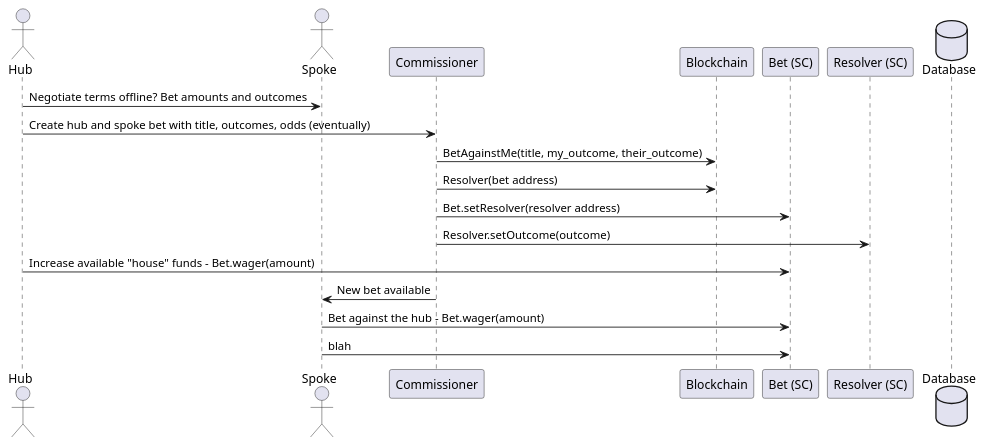
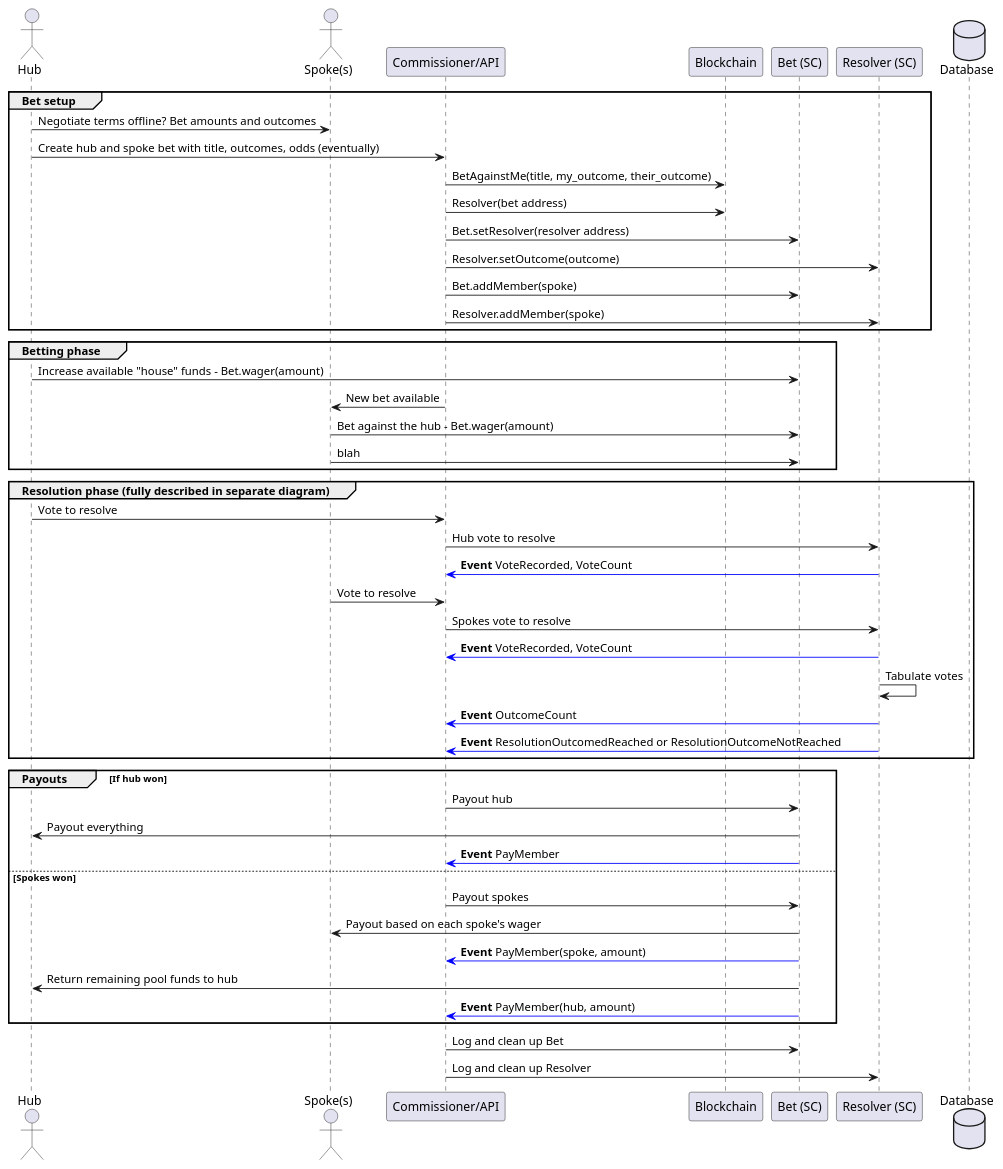
One commit to adhurjaty/prediction-app changed the diagram in docs/Diagrams/src/UserStories/hub_and_spoke_bet.puml. Above: the diagram before and after it, drawn with PlantUML. The commit also changed 7 other files, not shown here.

Commit message:
Changes to implement BetAgainstMe

```diff
--- a/docs/Diagrams/src/UserStories/hub_and_spoke_bet.puml
+++ b/docs/Diagrams/src/UserStories/hub_and_spoke_bet.puml
@@ -1,23 +1,57 @@
 @startuml Hub and Spoke Bet
 
 actor Hub as hub
-actor Spoke as spoke
-participant Commissioner as backend
+actor "Spoke(s)" as spoke
+participant "Commissioner/API" as backend
 participant Blockchain as bc
 participant "Bet (SC)" as bet
 participant "Resolver (SC)" as resolver
 database Database as db
 
-hub -> spoke : Negotiate terms offline? Bet amounts and outcomes
-hub -> backend : Create hub and spoke bet with title, outcomes, odds (eventually)
-backend -> bc : BetAgainstMe(title, my_outcome, their_outcome)
-backend -> bc : Resolver(bet address)
-backend -> bet : Bet.setResolver(resolver address)
-backend -> resolver : Resolver.setOutcome(outcome)
+group Bet setup
+    hub -> spoke : Negotiate terms offline? Bet amounts and outcomes
+    hub -> backend : Create hub and spoke bet with title, outcomes, odds (eventually)
+    backend -> bc : BetAgainstMe(title, my_outcome, their_outcome)
+    backend -> bc : Resolver(bet address)
+    backend -> bet : Bet.setResolver(resolver address)
+    backend -> resolver : Resolver.setOutcome(outcome)
+    backend -> bet : Bet.addMember(spoke)
+    backend -> resolver : Resolver.addMember(spoke)
+end
 
-hub -> bet : Increase available "house" funds - Bet.wager(amount)
-backend -> spoke : New bet available
-spoke -> bet : Bet against the hub - Bet.wager(amount)
-spoke -> bet : blah
+group Betting phase
+    hub -> bet : Increase available "house" funds - Bet.wager(amount)
+    backend -> spoke : New bet available
+    spoke -> bet : Bet against the hub - Bet.wager(amount)
+    spoke -> bet : blah
+end
+
+group Resolution phase (fully described in separate diagram)
+    hub -> backend : Vote to resolve
+    backend -> resolver : Hub vote to resolve
+    resolver -[#blue]> backend : <b>Event</b> VoteRecorded, VoteCount
+    spoke -> backend : Vote to resolve
+    backend -> resolver : Spokes vote to resolve
+    resolver -[#blue]> backend : <b>Event</b> VoteRecorded, VoteCount
+    
+    resolver -> resolver : Tabulate votes
+    resolver -[#blue]> backend : <b>Event</b> OutcomeCount
+    resolver -[#blue]> backend : <b>Event</b> ResolutionOutcomedReached or ResolutionOutcomeNotReached
+end
+
+group Payouts [If hub won]
+    backend -> bet : Payout hub
+    bet -> hub : Payout everything
+    bet -[#blue]> backend : <b>Event</b> PayMember
+else Spokes won
+    backend -> bet : Payout spokes
+    bet -> spoke : Payout based on each spoke's wager
+    bet -[#blue]> backend : <b>Event</b> PayMember(spoke, amount)
+    bet -> hub : Return remaining pool funds to hub
+    bet -[#blue]> backend : <b>Event</b> PayMember(hub, amount)
+end
+
+backend -> bet : Log and clean up Bet
+backend -> resolver : Log and clean up Resolver
 
 @enduml
```
